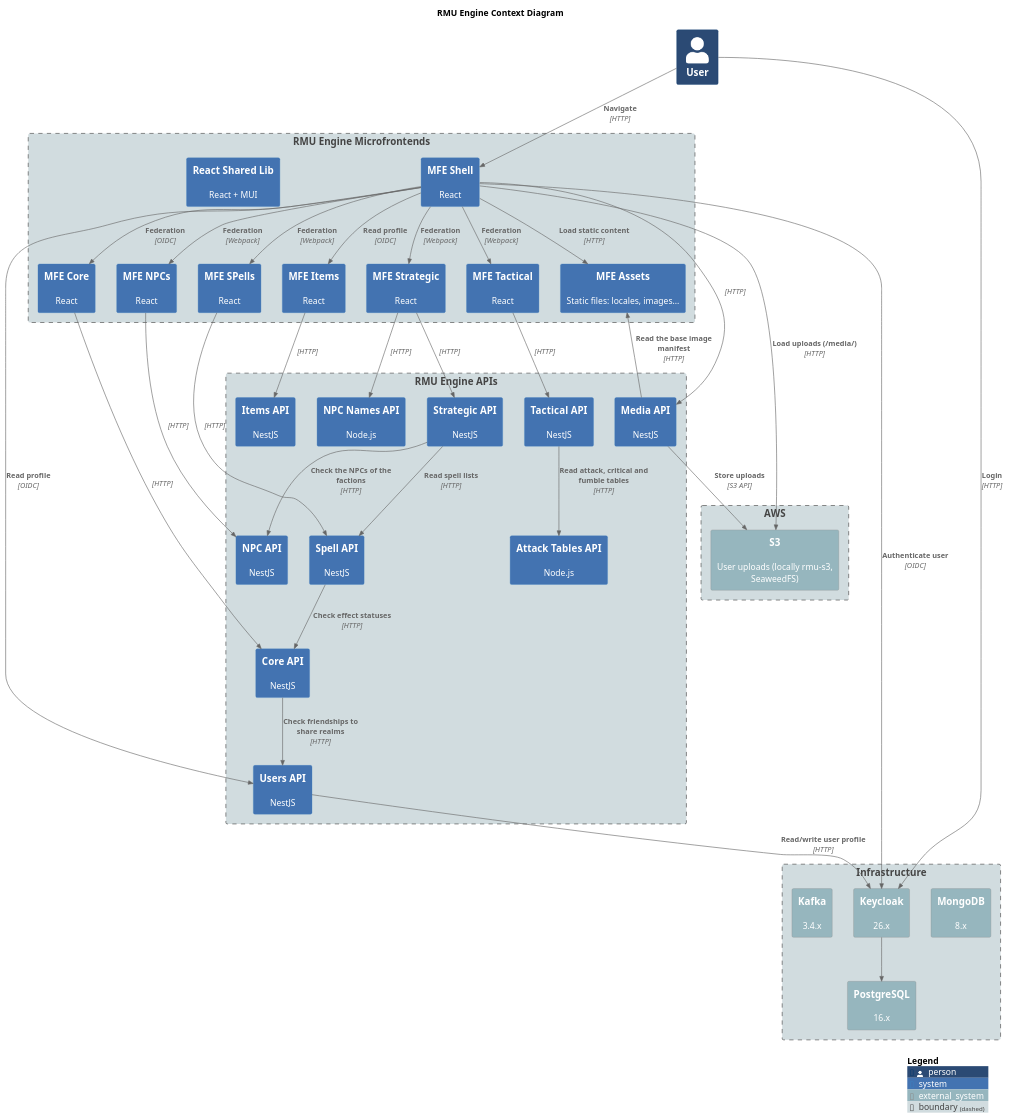
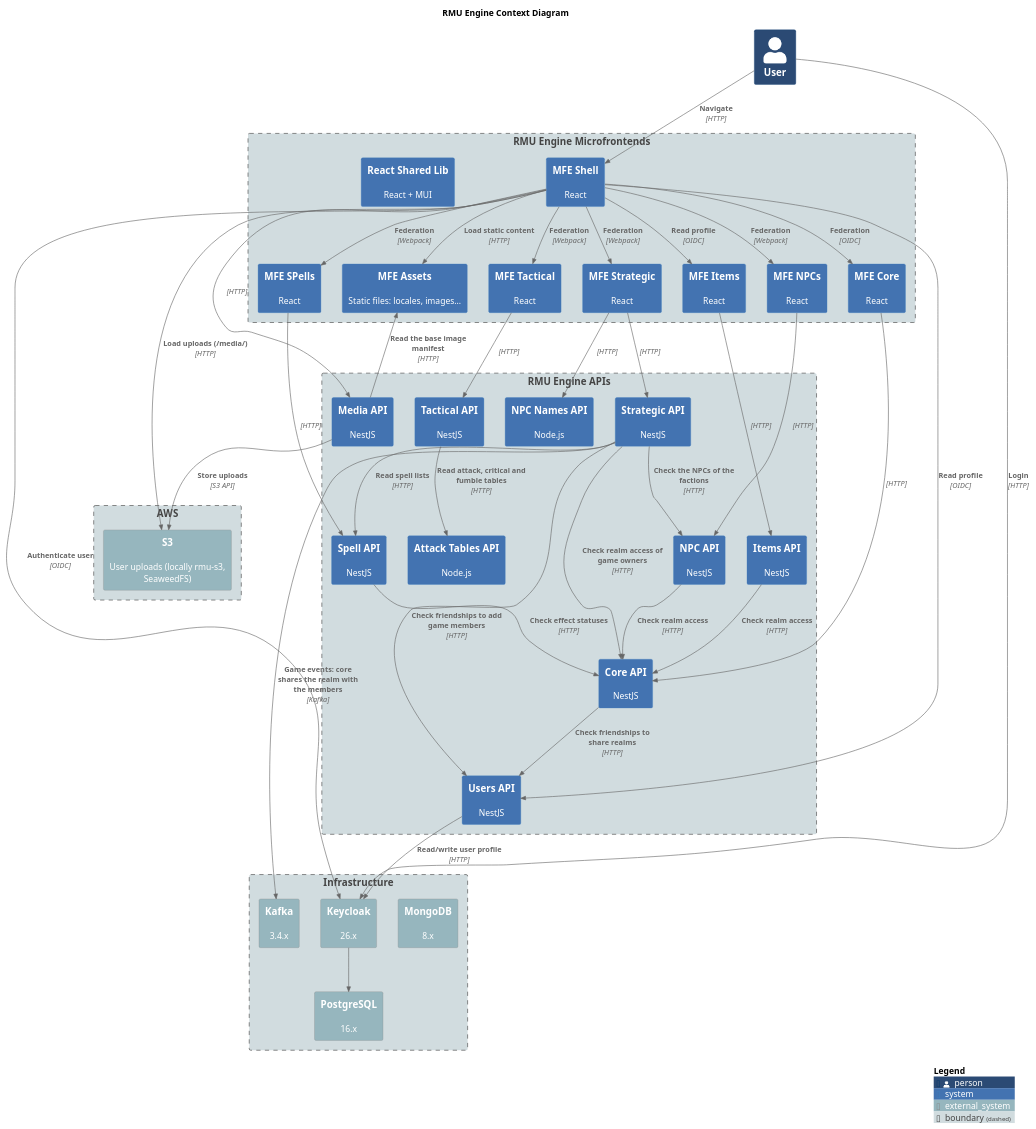
Before and after one commit to labcabrera/rmu-platform: the diagram in docs/architecture/diagrams/c4-context.plantuml, drawn with PlantUML. The commit also changed 3 other files, not shown here.

First line of the commit message:
feat: strategic game members wiring and migration 074 (spec 071)

```diff
--- a/docs/architecture/diagrams/c4-context.plantuml
+++ b/docs/architecture/diagrams/c4-context.plantuml
@@ -1,97 +1,102 @@
 @startuml c4-context
 title RMU Engine Context Diagram
 
 !include https://raw.githubusercontent.com/plantuml-stdlib/C4-PlantUML/master/C4_Context.puml
 
 ' LAYOUT_LEFT_RIGHT()
 
 UpdateElementStyle(person, $bgColor="#2b4a74ff")
 UpdateElementStyle(system, $bgColor="#4373b1ff")
 UpdateElementStyle(external_system, $bgColor="#96b6beff")
 UpdateElementStyle(boundary, $bgColor="#d1dcdfff")
 
 Person(user, "User")
 
 Boundary(frontend, "RMU Engine Microfrontends") {
     System(rmu_mfe_shell, "MFE Shell", "React")
     System(rmu_mfe_core, "MFE Core", "React")
     System(rmu_mfe_strategic, "MFE Strategic", "React")
     System(rmu_mfe_tactical, "MFE Tactical", "React")
     System(rmu_mfe_items, "MFE Items", "React")
     System(rmu_mfe_npc, "MFE NPCs", "React")
     System(rmu_mfe_spells, "MFE SPells", "React")
     System(rmu_react_shared_lib, "React Shared Lib", "React + MUI")
     System(rmu_mfe_assets, "MFE Assets", "Static files: locales, images...")
 }
 
 Boundary(apis, "RMU Engine APIs") {
     System(rmu_api_users, "Users API", "NestJS")
     System(rmu_api_core, "Core API", "NestJS")
     System(rmu_api_strategic, "Strategic API", "NestJS")
     System(rmu_api_tactical, "Tactical API", "NestJS")
     System(rmu_api_npc, "NPC API", "NestJS")
     System(rmu_api_npc_names, "NPC Names API", "Node.js")
     System(rmu_api_spells, "Spell API", "NestJS")
     System(rmu_api_items, "Items API", "NestJS")
     System(rmu_api_attack_tables, "Attack Tables API", "Node.js")
     System(rmu_api_media, "Media API", "NestJS")
 }
 
 Boundary(infrastructure, "Infrastructure") {
     System_Ext(mongodb, "MongoDB", "8.x")
     System_Ext(keycloak, "Keycloak", "26.x")
     System_Ext(kafka, "Kafka", "3.4.x")
     System_Ext(postgresql, "PostgreSQL", "16.x")
 }
 
 Boundary(aws, "AWS") {
     System_Ext(s3, "S3", "User uploads (locally rmu-s3, SeaweedFS)")
 }
 
 Rel(user, rmu_mfe_shell, "Navigate", "HTTP")
 Rel(user, keycloak, "Login", "HTTP")
 
 Rel(rmu_mfe_shell, rmu_mfe_core, "Federation", "OIDC")
 Rel(rmu_mfe_shell, rmu_mfe_strategic, "Federation", "Webpack")
 Rel(rmu_mfe_shell, rmu_mfe_tactical, "Federation", "Webpack")
 Rel(rmu_mfe_shell, rmu_mfe_items, "Read profile", "OIDC")
 Rel(rmu_mfe_shell, rmu_mfe_npc, "Federation", "Webpack")
 Rel(rmu_mfe_shell, rmu_mfe_spells, "Federation", "Webpack")
 
 Rel(rmu_mfe_shell, rmu_api_users, "Read profile", "OIDC")
 Rel(rmu_mfe_shell, keycloak, "Authenticate user", "OIDC")
 Rel(rmu_mfe_shell, rmu_mfe_assets, "Load static content", "HTTP")
 Rel(rmu_mfe_shell, rmu_api_media, "", "HTTP")
 
 Rel(rmu_mfe_core, rmu_api_core, "", "HTTP")
 
 Rel(rmu_mfe_strategic, rmu_api_strategic, "", "HTTP")
 Rel(rmu_mfe_strategic, rmu_api_npc_names, "", "HTTP")
 
 Rel(rmu_mfe_tactical, rmu_api_tactical, "", "HTTP")
 
 Rel(rmu_api_users, keycloak, "Read/write user profile", "HTTP")
 
 Rel(rmu_mfe_npc, rmu_api_npc, "", "HTTP")
 
 Rel(rmu_mfe_items, rmu_api_items, "", "HTTP")
 
 Rel(rmu_mfe_spells, rmu_api_spells, "", "HTTP")
 
 Rel(rmu_api_tactical, rmu_api_attack_tables, "Read attack, critical and fumble tables", "HTTP")
 Rel(rmu_api_spells, rmu_api_core, "Check effect statuses", "HTTP")
 Rel(rmu_api_core, rmu_api_users, "Check friendships to share realms", "HTTP")
 Rel(rmu_api_strategic, rmu_api_spells, "Read spell lists", "HTTP")
 Rel(rmu_api_strategic, rmu_api_npc, "Check the NPCs of the factions", "HTTP")
+Rel(rmu_api_strategic, rmu_api_users, "Check friendships to add game members", "HTTP")
+Rel(rmu_api_strategic, rmu_api_core, "Check realm access of game owners", "HTTP")
+Rel(rmu_api_items, rmu_api_core, "Check realm access", "HTTP")
+Rel(rmu_api_npc, rmu_api_core, "Check realm access", "HTTP")
+Rel(rmu_api_strategic, kafka, "Game events: core shares the realm with the members", "Kafka")
 
 ' Attack API: no longer called by tactical since the combat plugin refactor (workspace spec 003).
 
 Rel(keycloak, postgresql, "", "")
 
 Rel(rmu_api_media, s3, "Store uploads", "S3 API")
 Rel(rmu_api_media, rmu_mfe_assets, "Read the base image manifest", "HTTP")
 Rel(rmu_mfe_shell, s3, "Load uploads (/media/)", "HTTP")
 
 SHOW_LEGEND()
 
 @enduml
```
